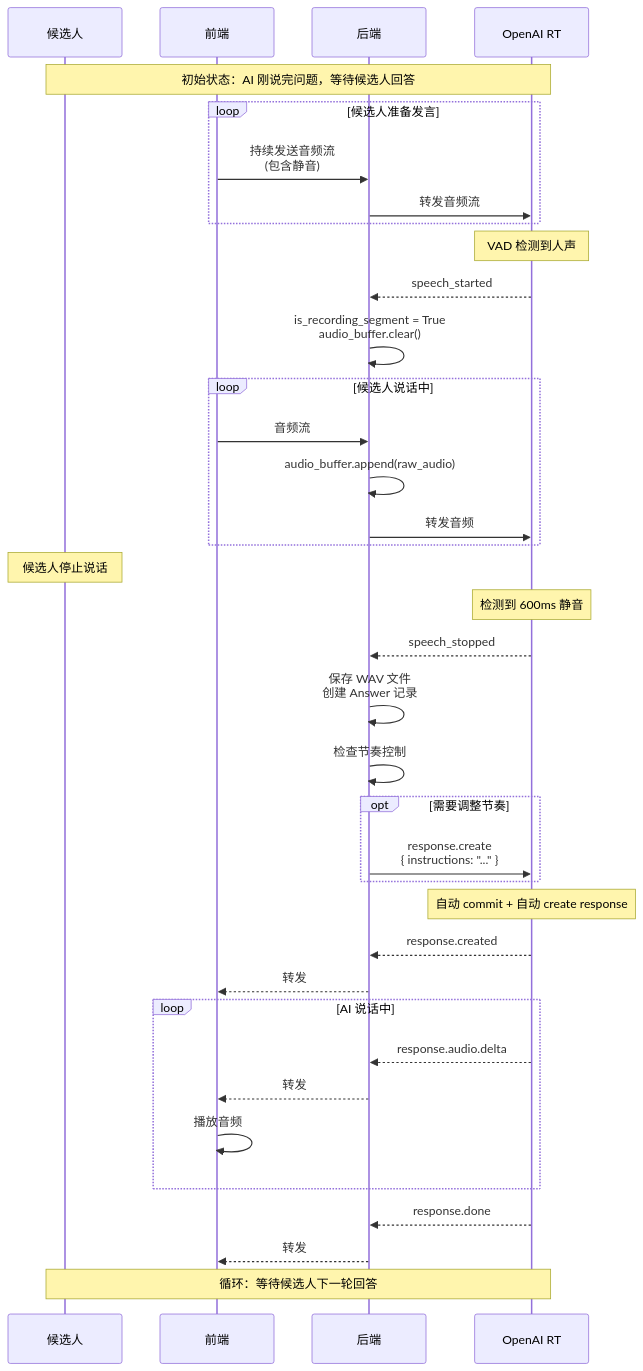
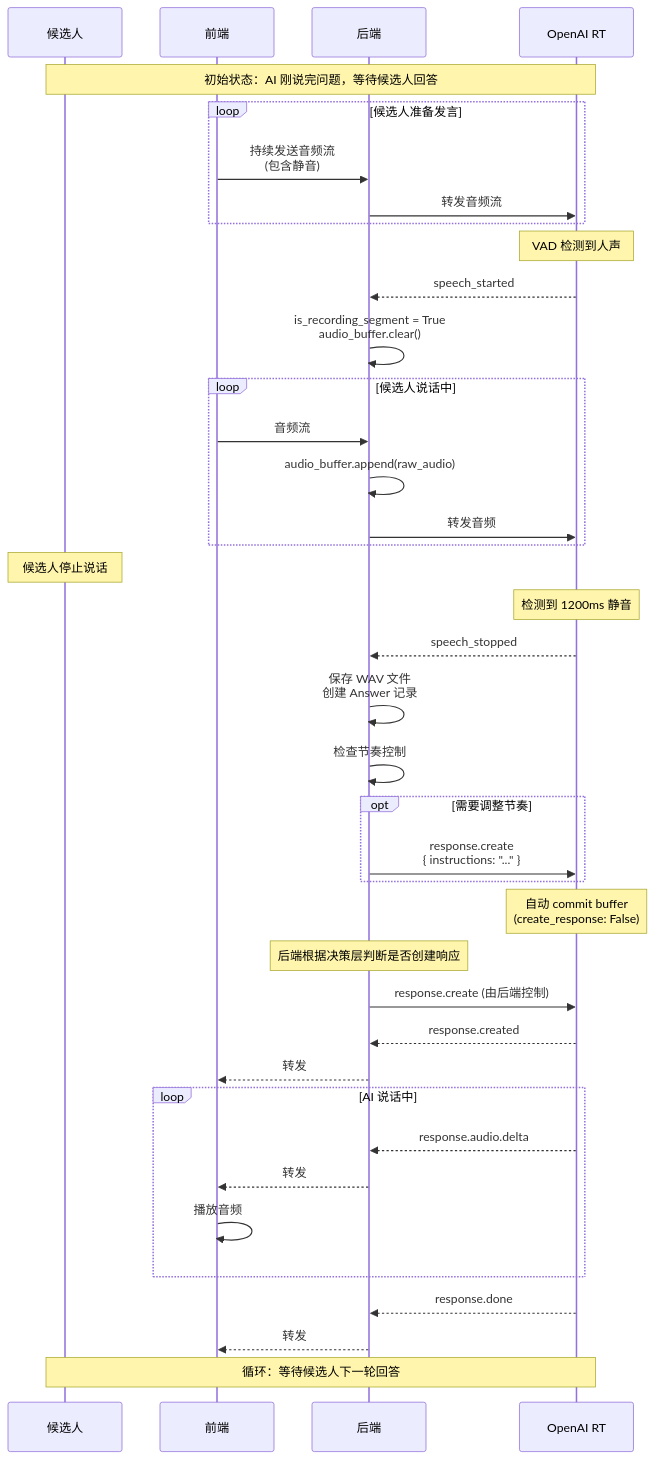
Before and after one commit to cziwen/AI_Interviewer: the second of 2 diagrams in spec_doc/04_technical_details/04.3_vad_mechanism.md, drawn with Mermaid. The commit also changed other lines of this file and 4 other files, not shown here.

````diff
--- a/spec_doc/04_technical_details/04.3_vad_mechanism.md
+++ b/spec_doc/04_technical_details/04.3_vad_mechanism.md
@@ -128,53 +129,56 @@
 ```mermaid
 sequenceDiagram
     participant C as 候选人
     participant FE as 前端
     participant BE as 后端
     participant RT as OpenAI RT
 
     Note over C,RT: 初始状态：AI 刚说完问题，等待候选人回答
 
     loop 候选人准备发言
         FE->>BE: 持续发送音频流<br/>(包含静音)
         BE->>RT: 转发音频流
     end
 
     Note over RT: VAD 检测到人声
 
     RT-->>BE: speech_started
     BE->>BE: is_recording_segment = True<br/>audio_buffer.clear()
 
     loop 候选人说话中
         FE->>BE: 音频流
         BE->>BE: audio_buffer.append(raw_audio)
         BE->>RT: 转发音频
     end
 
     Note over C: 候选人停止说话
 
-    Note over RT: 检测到 600ms 静音
+    Note over RT: 检测到 1200ms 静音
 
     RT-->>BE: speech_stopped
     BE->>BE: 保存 WAV 文件<br/>创建 Answer 记录
     BE->>BE: 检查节奏控制
 
     opt 需要调整节奏
         BE->>RT: response.create<br/>{ instructions: "..." }
     end
 
-    Note over RT: 自动 commit + 自动 create response
+    Note over RT: 自动 commit buffer<br/>(create_response: False)
+
+    Note over BE: 后端根据决策层判断是否创建响应
+    BE->>RT: response.create (由后端控制)
 
     RT-->>BE: response.created
     BE-->>FE: 转发
 
     loop AI 说话中
         RT-->>BE: response.audio.delta
         BE-->>FE: 转发
         FE->>FE: 播放音频
     end
 
     RT-->>BE: response.done
     BE-->>FE: 转发
 
     Note over C,RT: 循环：等待候选人下一轮回答
 ```
````
